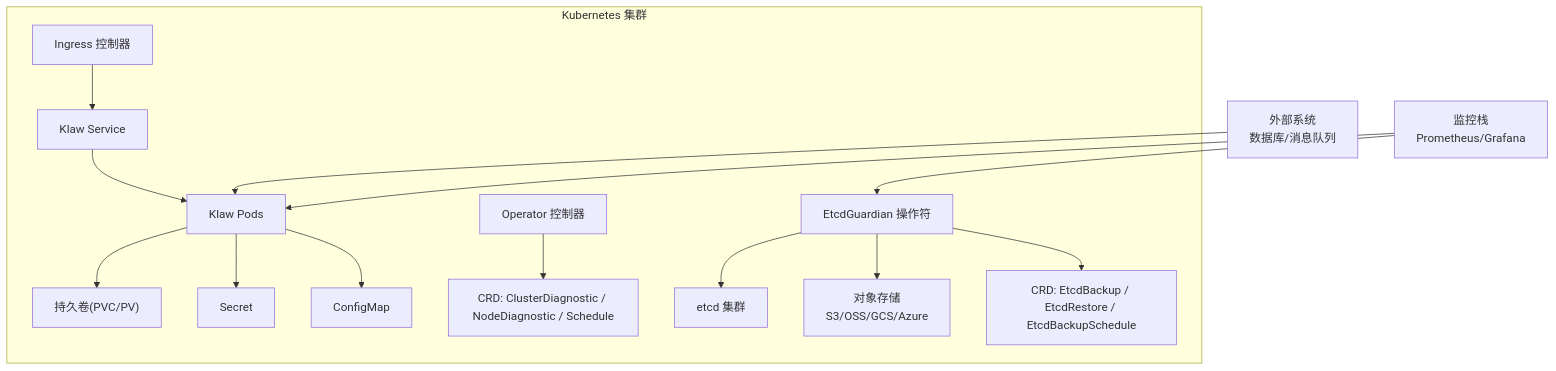
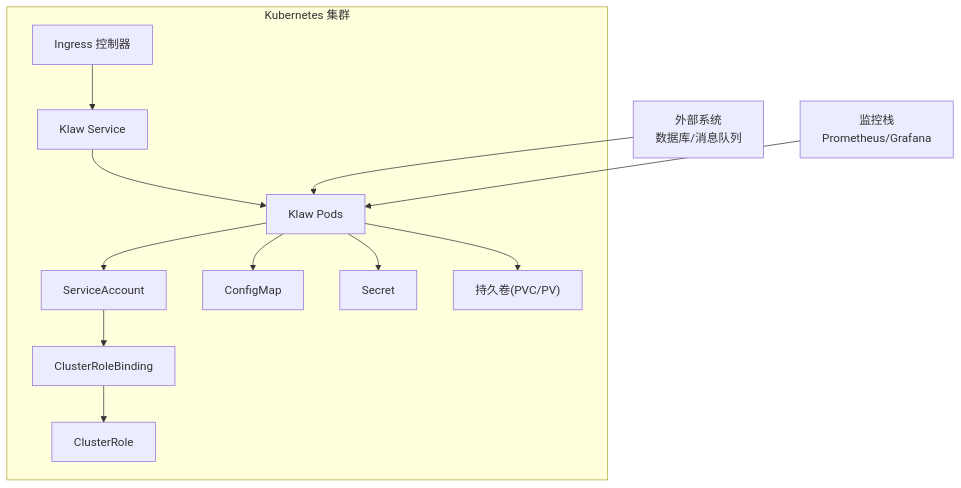
Before and after one commit to kudig-io/klaw: the second of 5 diagrams in .qoder/repowiki/zh/content/安装部署/Kubernetes集群部署/Kubernetes集群部署.md, drawn with Mermaid. The commit also changed other lines of this file and 336 other files, not shown here.

````diff
--- a/.qoder/repowiki/zh/content/安装部署/Kubernetes集群部署/Kubernetes集群部署.md
+++ b/.qoder/repowiki/zh/content/安装部署/Kubernetes集群部署/Kubernetes集群部署.md
@@ -113,17 +93,15 @@
 ```mermaid
 graph TB
 subgraph "Kubernetes 集群"
 I["Ingress 控制器"] --> S["Klaw Service"]
 S --> P["Klaw Pods"]
-O["Operator 控制器"] --> CRD["CRD: ClusterDiagnostic / NodeDiagnostic / Schedule"]
-EG["EtcdGuardian 操作符"] --> EGCRD["CRD: EtcdBackup / EtcdRestore / EtcdBackupSchedule"]
+P --> SA["ServiceAccount"]
+SA --> CRB["ClusterRoleBinding"]
+CRB --> CR["ClusterRole"]
 P --> CM["ConfigMap"]
 P --> SEC["Secret"]
 P --> PV["持久卷(PVC/PV)"]
-EG --> S3["对象存储<br/>S3/OSS/GCS/Azure"]
-EG --> ETCD["etcd 集群"]
 end
 EXT["外部系统<br/>数据库/消息队列"] --> P
-MON["监控栈<br/>Prometheus/Grafana"] --> EG
-MON --> P
+MON["监控栈<br/>Prometheus/Grafana"] --> P
 ```
````
